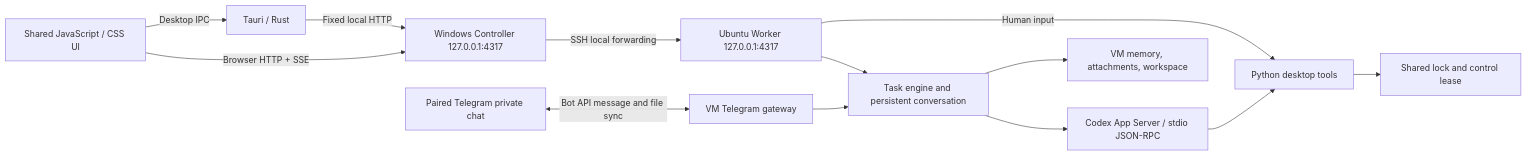
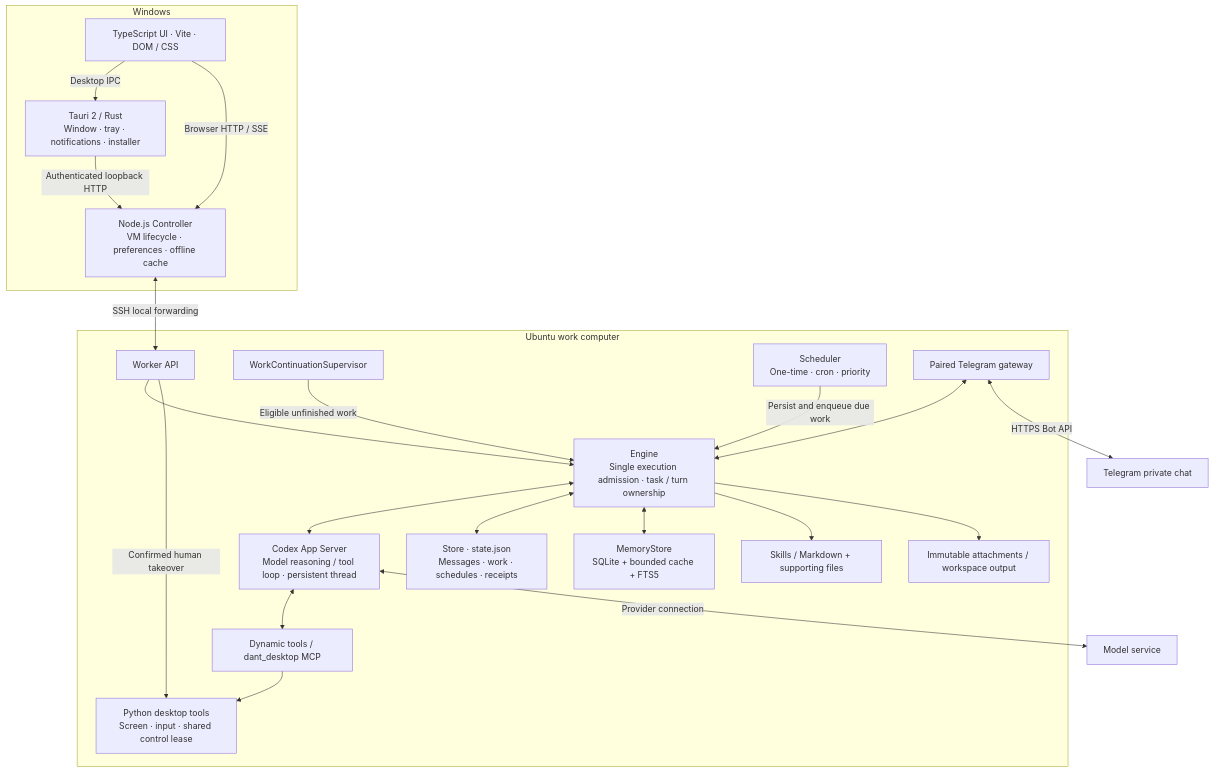
One commit to Stephen-Sim/dant changed the first of 5 diagrams in docs/architecture.md. Above: the diagram before and after it, drawn with Mermaid. The commit also changed other lines of this file and 661 other files, not shown here.

First line of the commit message:
refactor: complete TypeScript migration and add SQLite memory

````diff
--- a/docs/architecture.md
+++ b/docs/architecture.md
@@ -7,15 +9,40 @@
 ```mermaid
-flowchart LR
-  UI[Shared JavaScript / CSS UI] -->|Browser HTTP + SSE| Controller
-  UI -->|Desktop IPC| Rust[Tauri / Rust]
-  Rust -->|Fixed local HTTP| Controller[Windows Controller 127.0.0.1:4317]
-  Controller -->|SSH local forwarding| Worker[Ubuntu Worker 127.0.0.1:4317]
-  Worker --> Engine[Task engine and persistent conversation]
-  Telegram[Paired Telegram private chat] <-->|Bot API message and file sync| Gateway[VM Telegram gateway]
-  Gateway --> Engine
-  Engine --> Codex[Codex App Server / stdio JSON-RPC]
-  Engine --> Files[VM memory, attachments, workspace]
-  Codex --> Desktop[Python desktop tools]
-  Worker -->|Human input| Desktop
-  Desktop --> Lock[Shared lock and control lease]
+flowchart TB
+  subgraph Windows
+    UI[TypeScript UI · Vite · DOM / CSS]
+    Native[Tauri 2 / Rust<br/>Window · tray · notifications · installer]
+    Controller[Node.js Controller<br/>VM lifecycle · preferences · offline cache]
+    UI -->|Desktop IPC| Native
+    Native -->|Authenticated loopback HTTP| Controller
+    UI -->|Browser HTTP / SSE| Controller
+  end
+  subgraph Ubuntu work computer
+    Worker[Worker API]
+    Engine[Engine<br/>Single execution admission · task / turn ownership]
+    Heartbeat[WorkContinuationSupervisor]
+    Scheduler[Scheduler<br/>One-time · cron · priority]
+    Codex[Codex App Server<br/>Model reasoning / tool loop · persistent thread]
+    Tools[Dynamic tools / dant_desktop MCP]
+    Desktop[Python desktop tools<br/>Screen · input · shared control lease]
+    State[Store · state.json<br/>Messages · work · schedules · receipts]
+    Memory[MemoryStore<br/>SQLite + bounded cache + FTS5]
+    Skills[Skills / Markdown + supporting files]
+    Files[Immutable attachments / workspace output]
+    Telegram[Paired Telegram gateway]
+    Worker --> Engine
+    Heartbeat -->|Eligible unfinished work| Engine
+    Scheduler -->|Persist and enqueue due work| Engine
+    Telegram <--> Engine
+    Engine <--> Codex
+    Codex <--> Tools
+    Tools --> Desktop
+    Engine <--> State
+    Engine <--> Memory
+    Engine --> Skills
+    Engine --> Files
+    Worker -->|Confirmed human takeover| Desktop
+  end
+  Controller <-->|SSH local forwarding| Worker
+  Codex <-->|Provider connection| Models[Model service]
+  Telegram <-->|HTTPS Bot API| Phone[Telegram private chat]
 ```
````
